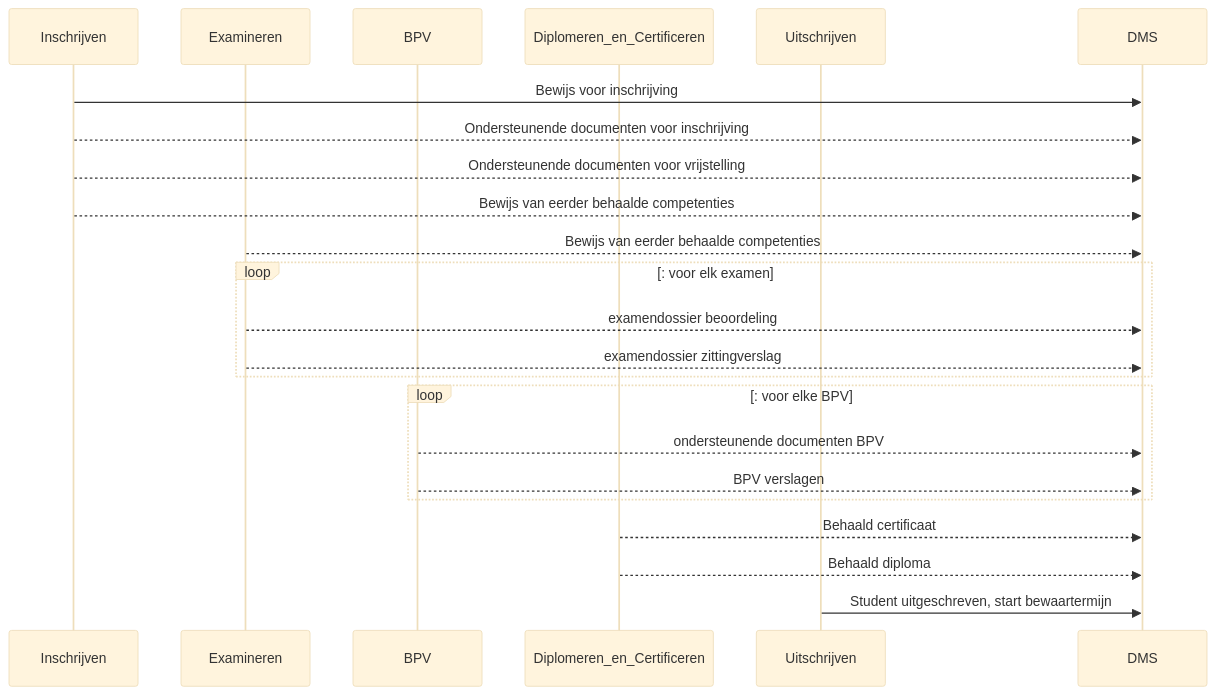
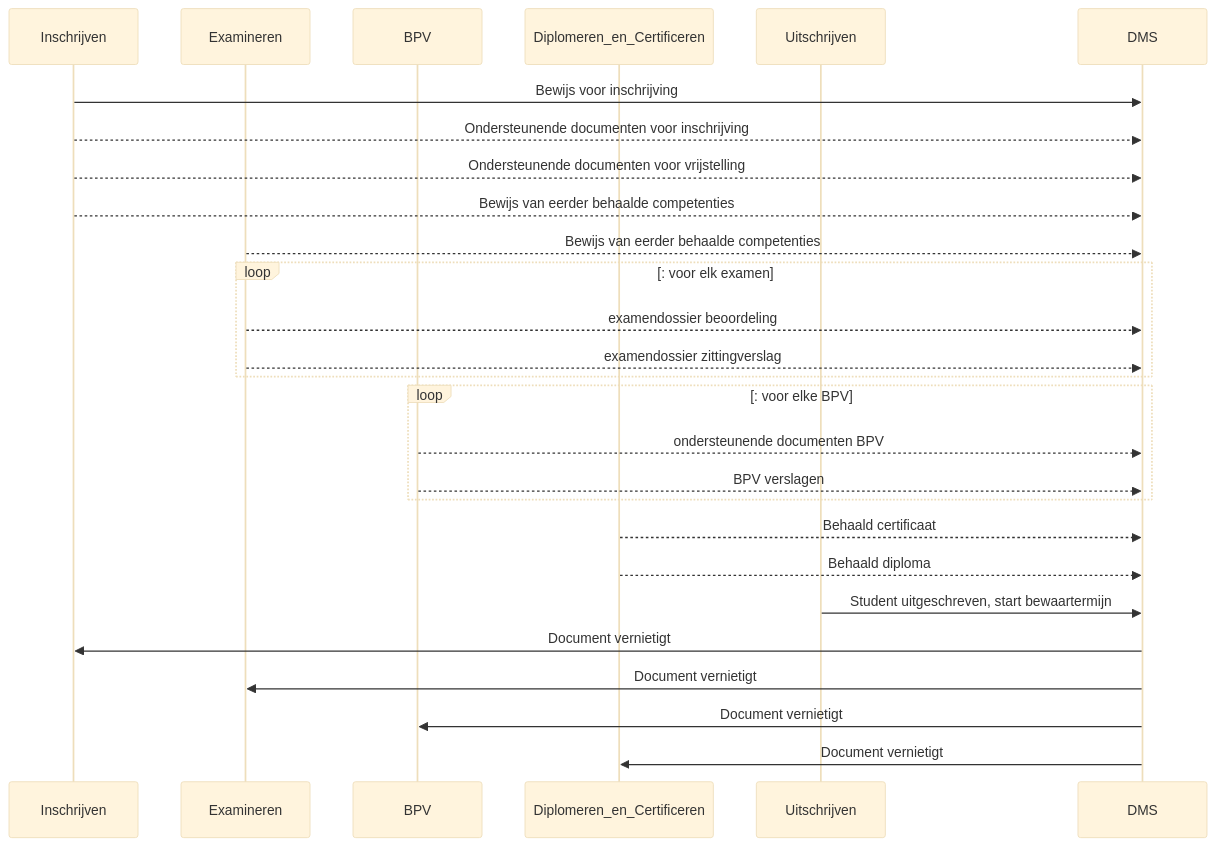
One commit to Onderwijs-Koppelingen-OKx/OKD-Document-Management changed the second of 2 diagrams in README.md. Above: the diagram before and after it, drawn with Mermaid (base theme). The commit also changed other lines of this file, not shown here.

````diff
--- a/README.md
+++ b/README.md
@@ -54,28 +65,32 @@
 ```mermaid
 sequenceDiagram
     Participant Inschrijven
     Participant Examineren
     Participant BPV
     Participant Diplomeren_en_Certificeren
     Participant Uitschrijven
     Participant DMS
 
     Inschrijven->>DMS: Bewijs voor inschrijving
     Inschrijven-->>DMS: Ondersteunende documenten voor inschrijving
     Inschrijven-->>DMS: Ondersteunende documenten voor vrijstelling
     Inschrijven -->> DMS: Bewijs van eerder behaalde competenties
     Examineren -->> DMS: Bewijs van eerder behaalde competenties
     loop: voor elk examen
     Examineren -->> DMS: examendossier beoordeling
     Examineren -->> DMS: examendossier zittingverslag
     end
     loop: voor elke BPV
     BPV -->> DMS: ondersteunende documenten BPV
     BPV -->> DMS: BPV verslagen
     end
     Diplomeren_en_Certificeren -->> DMS: Behaald certificaat
     Diplomeren_en_Certificeren -->> DMS: Behaald diploma
     Uitschrijven ->> DMS: Student uitgeschreven, start bewaartermijn
+    DMS ->> Inschrijven: Document vernietigt
+    DMS ->> Examineren: Document vernietigt
+    DMS ->> BPV: Document vernietigt
+    DMS ->> Diplomeren_en_Certificeren: Document vernietigt
 
 
 ```
````
